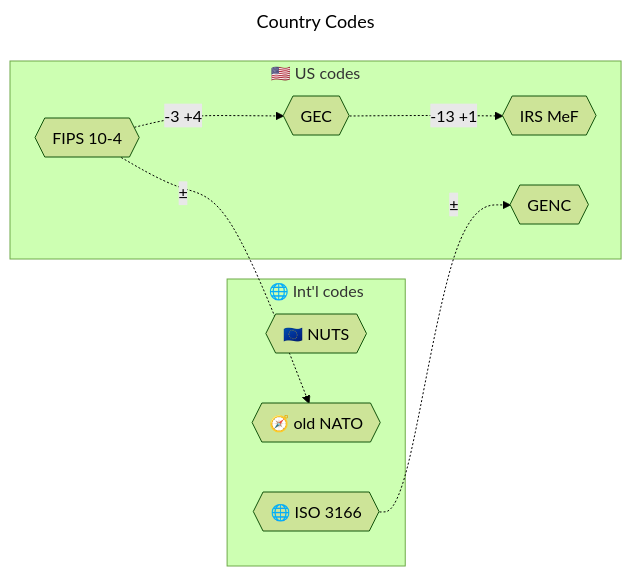
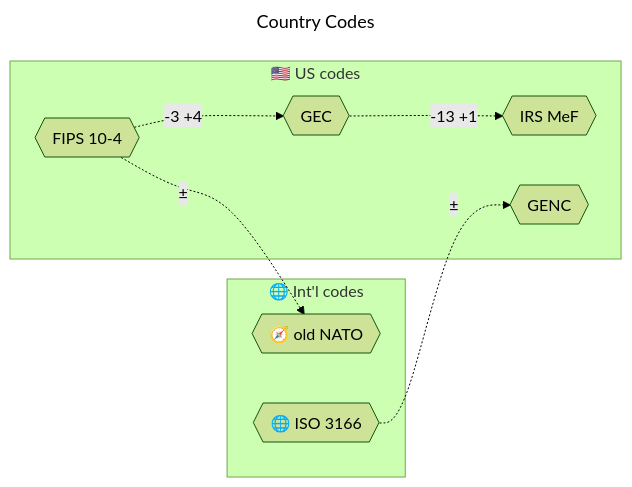
Before and after one commit to brianary/webcoder: the diagram in country-codes.mmd, drawn with Mermaid (forest theme). The commit also changed 4 other files, not shown here.

```diff
--- a/country-codes.mmd
+++ b/country-codes.mmd
@@ -1,23 +1,21 @@
 ---
 title: Country Codes
 ---
 flowchart LR
 subgraph "🇺🇸 US codes"
 fips{{"FIPS 10-4"}} -.->|-3 +4| gec{{"GEC"}} -.->|-13 +1| irs{{"IRS MeF"}}
 genc{{"GENC"}}
 end
 subgraph "🌐 Int'l codes"
-nuts{{"🇪🇺 NUTS"}}
 nato{{"🧭 old NATO"}}
 iso{{"🌐 ISO 3166"}}
 end
 fips -.->|±| nato
 iso -.->|±| genc
 
 click fips "https://en.wikipedia.org/wiki/FIPS_10-4" "Federal Information Processing Standard 10-4, Countries, Dependencies, Areas of Special Sovereignty, and Their Principal Administrative Divisions"
 click gec "https://nsgreg.nga.mil/genc/registers.jsp?register=GEC" "Geopolitical Entities and Codes Register"
 click irs "https://irs.gov/countrycodes" "Foreign Country Code Listing for Modernized e-File (MeF)"
 click genc "https://nsgreg.nga.mil/genc/" "Geopolitical Entities, Names, and Codes Registry"
 click iso "https://en.wikipedia.org/wiki/ISO_3166-1_alpha-2#Decoding_table" "new NATO, ccTLD domains, ISO 639 language codes, ISO 4217 currency codes"
-click nuts "https://en.wikipedia.org/wiki/Nomenclature_of_Territorial_Units_for_Statistics" "Nomenclature of Territorial Units for Statistics"
 click nato "https://en.wikipedia.org/wiki/List_of_NATO_country_codes" "NATO country codes"
```
